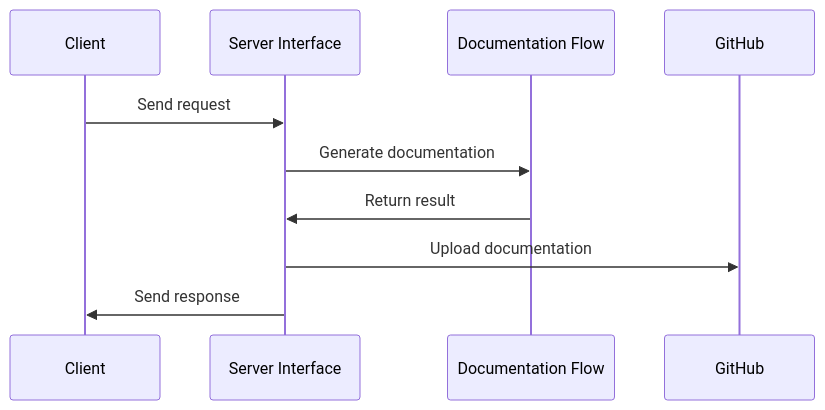
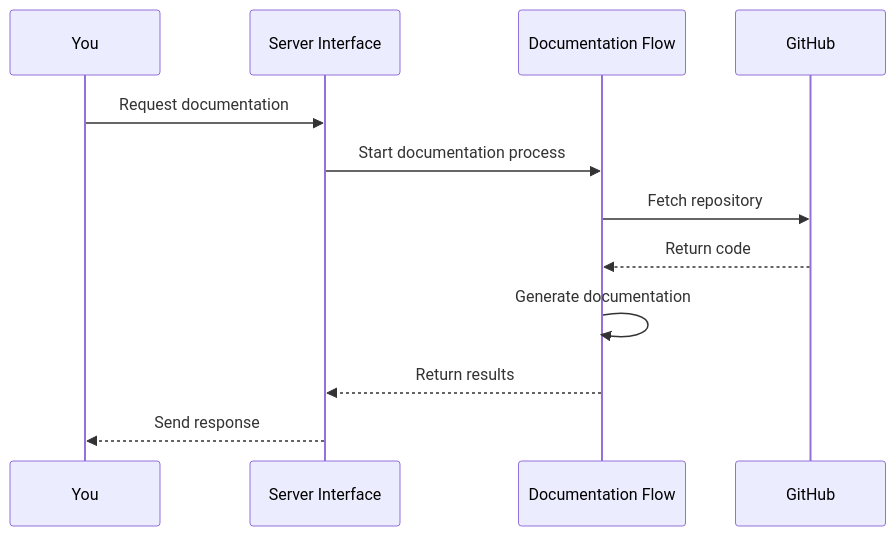
One commit to dygavieta/NewRepo changed the third of 9 diagrams in README.md. Above: the diagram before and after it, drawn with Mermaid. The commit also changed other lines of this file, not shown here.

````diff
--- a/README.md
+++ b/README.md
@@ -203,13 +196,15 @@
 ```mermaid
 sequenceDiagram
-    participant C as Client
+    participant User as You
     participant SI as Server Interface
     participant DF as Documentation Flow
     participant GH as GitHub
 
-    C->>SI: Send request
-    SI->>DF: Generate documentation
-    DF->>SI: Return result
-    SI->>GH: Upload documentation
-    SI->>C: Send response
+    User->>SI: Request documentation
+    SI->>DF: Start documentation process
+    DF->>GH: Fetch repository
+    GH-->>DF: Return code
+    DF->>DF: Generate documentation
+    DF-->>SI: Return results
+    SI-->>User: Send response
 ```
````
